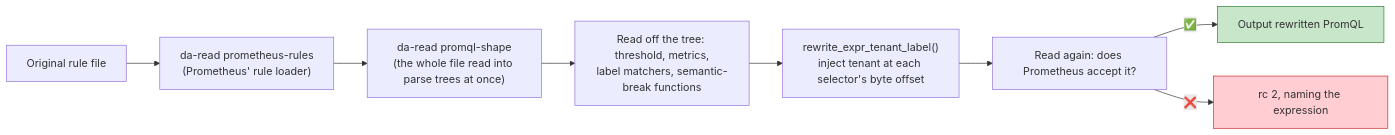
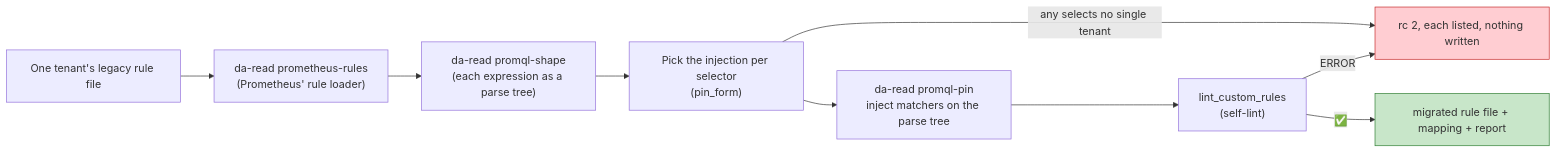
Before and after one commit to vencil/Dynamic-Alerting-Integrations: the diagram in docs/migration-engine.en.md, drawn with Mermaid. The commit also changed other lines of this file and 90 other files, not shown here.

````diff
--- a/docs/migration-engine.en.md
+++ b/docs/migration-engine.en.md
@@ -18,13 +18,14 @@
 ```mermaid
 flowchart LR
-    A["Original rule file"] --> B["da-read prometheus-rules<br/>(Prometheus' rule loader)"]
-    B --> C["da-read promql-shape<br/>(the whole file read into parse trees at once)"]
-    C --> D["Read off the tree: threshold, metrics,<br/>label matchers, semantic-break functions"]
-    D --> E["rewrite_expr_tenant_label()<br/>inject tenant at each selector's byte offset"]
-    E --> F["Read again: does Prometheus accept it?"]
-    F -->|"✅"| G["Output rewritten PromQL"]
-    F -->|"❌"| H["rc 2, naming the expression"]
+    A["One tenant's legacy rule file"] --> B["da-read prometheus-rules<br/>(Prometheus' rule loader)"]
+    B --> C["da-read promql-shape<br/>(each expression as a parse tree)"]
+    C --> D["Pick the injection per selector<br/>(pin_form)"]
+    D -->|"any selects no single tenant"| H["rc 2, each listed, nothing written"]
+    D --> E["da-read promql-pin<br/>inject matchers on the parse tree"]
+    E --> F["lint_custom_rules<br/>(self-lint)"]
+    F -->|"ERROR"| H
+    F -->|"✅"| G["migrated rule file + mapping + report"]
 
     style G fill:#c8e6c9,stroke:#2e7d32
     style H fill:#ffcdd2,stroke:#c62828
 ```
````
